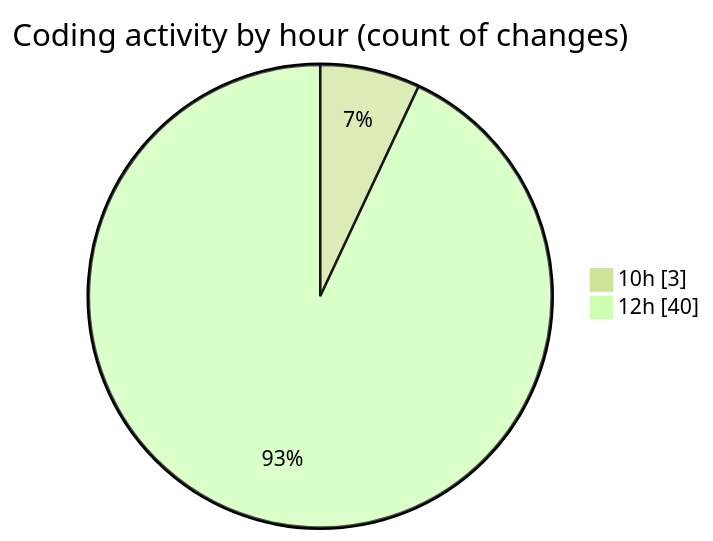
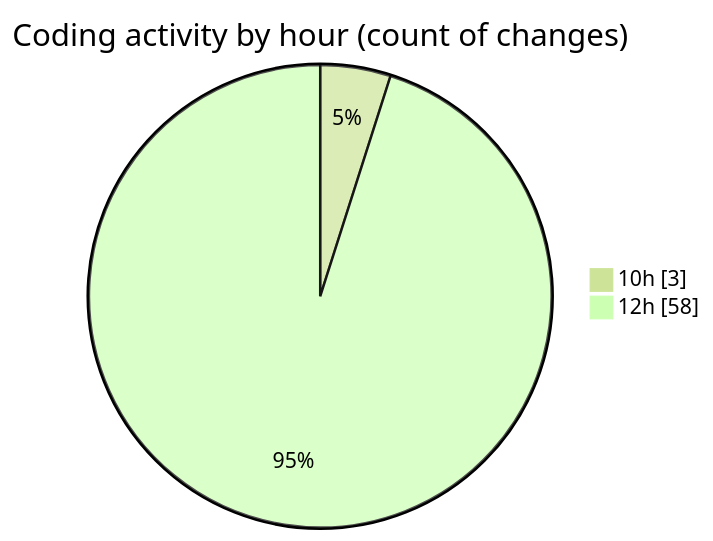
One commit to nxtqubesakshisongat/code-tracking changed the second of 2 diagrams in 2025-05-27/nxtqube_webapp/README.md. Above: the diagram before and after it, drawn with Mermaid (forest theme). The commit also changed other lines of this file and 1 other file, not shown here.

````diff
--- a/2025-05-27/nxtqube_webapp/README.md
+++ b/2025-05-27/nxtqube_webapp/README.md
@@ -29,6 +29,6 @@
 ```mermaid
 pie showData
 title Coding activity by hour (count of changes)
 "10h" : 3
-"12h" : 40
+"12h" : 58
 ```
````
